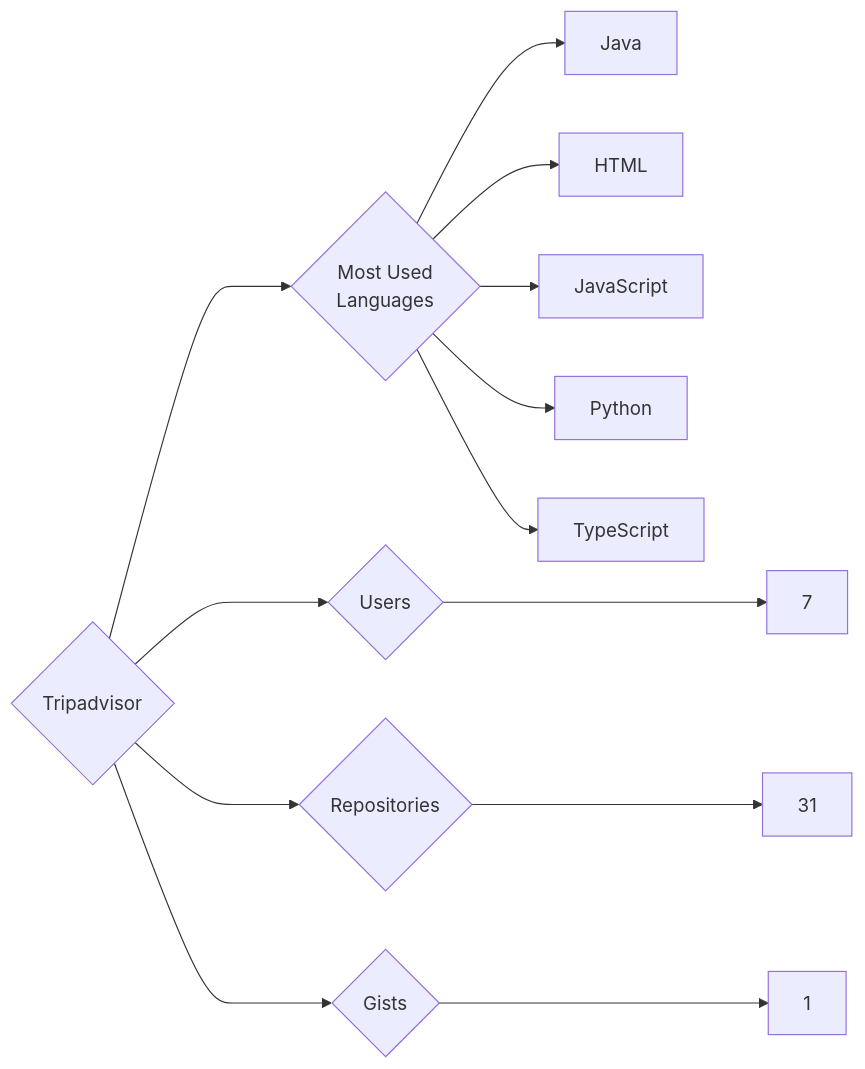
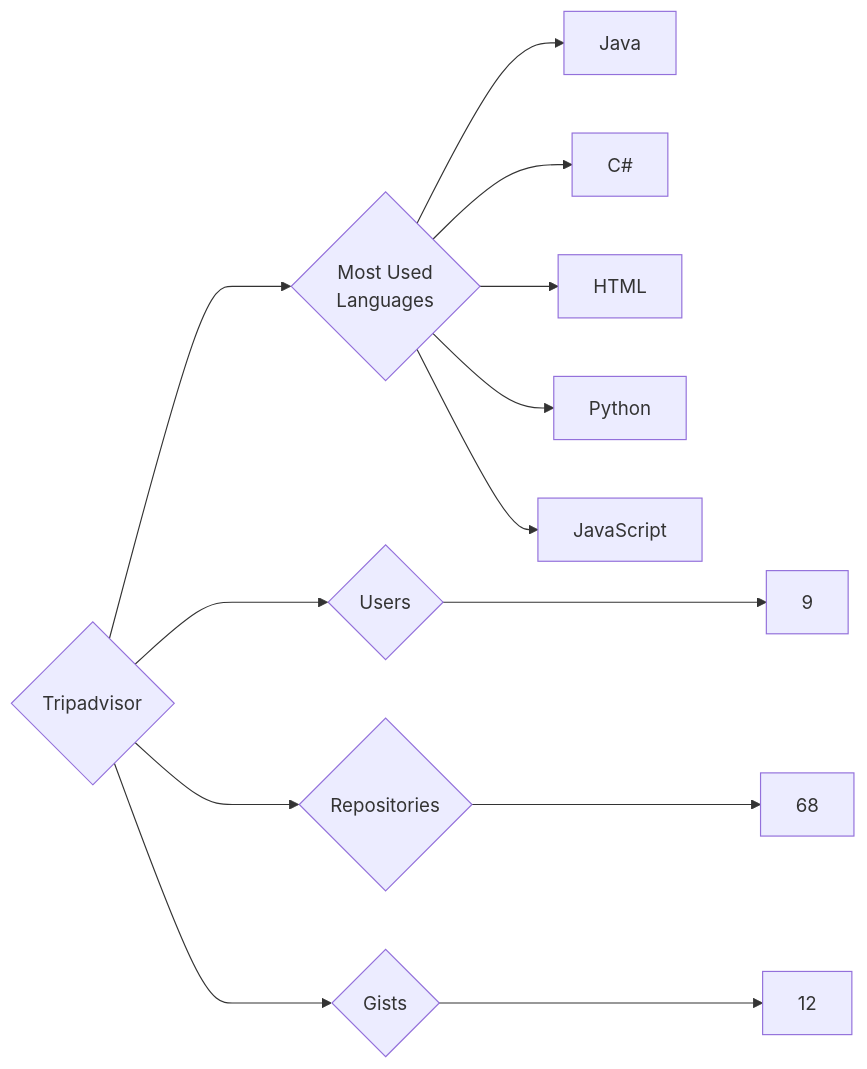
The diagram in targets/Tripadvisor/README.md (trickest/insiders), drawn with Mermaid before and after one commit. The commit also changed 953 other files, not shown here.

````diff
--- a/targets/Tripadvisor/README.md
+++ b/targets/Tripadvisor/README.md
@@ -3,13 +3,13 @@
 ```mermaid
 graph LR
 COMPANY_NAME{Tripadvisor}
-COMPANY_NAME ---> U{Users} ---> UN[7]
-COMPANY_NAME ---> R{Repositories} ---> RN[31]
-COMPANY_NAME ---> G{Gists} ---> GN[1]
+COMPANY_NAME ---> U{Users} ---> UN[9]
+COMPANY_NAME ---> R{Repositories} ---> RN[68]
+COMPANY_NAME ---> G{Gists} ---> GN[12]
 COMPANY_NAME ---> ML{Most Used<br>Languages}
 ML --> Java[Java]
+ML --> C#[C#]
 ML --> HTML[HTML]
+ML --> Python[Python]
 ML --> JavaScript[JavaScript]
-ML --> Python[Python]
-ML --> TypeScript[TypeScript]
 ```
````
